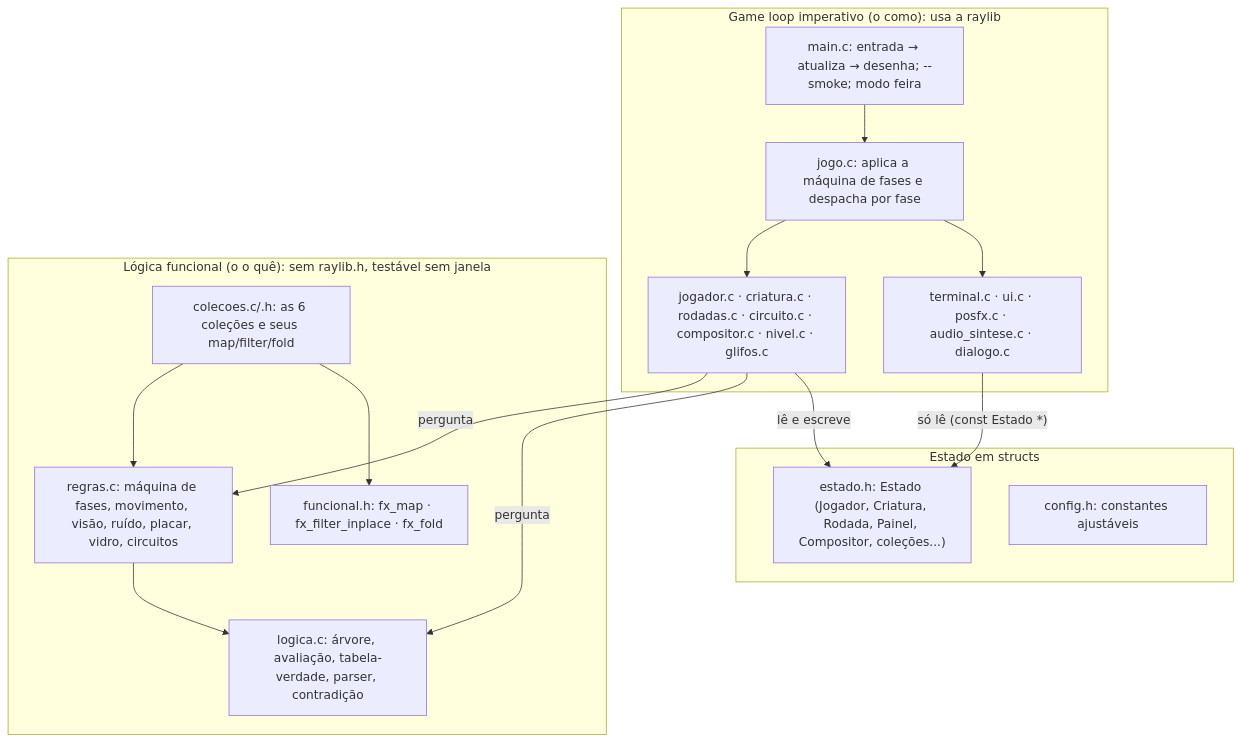
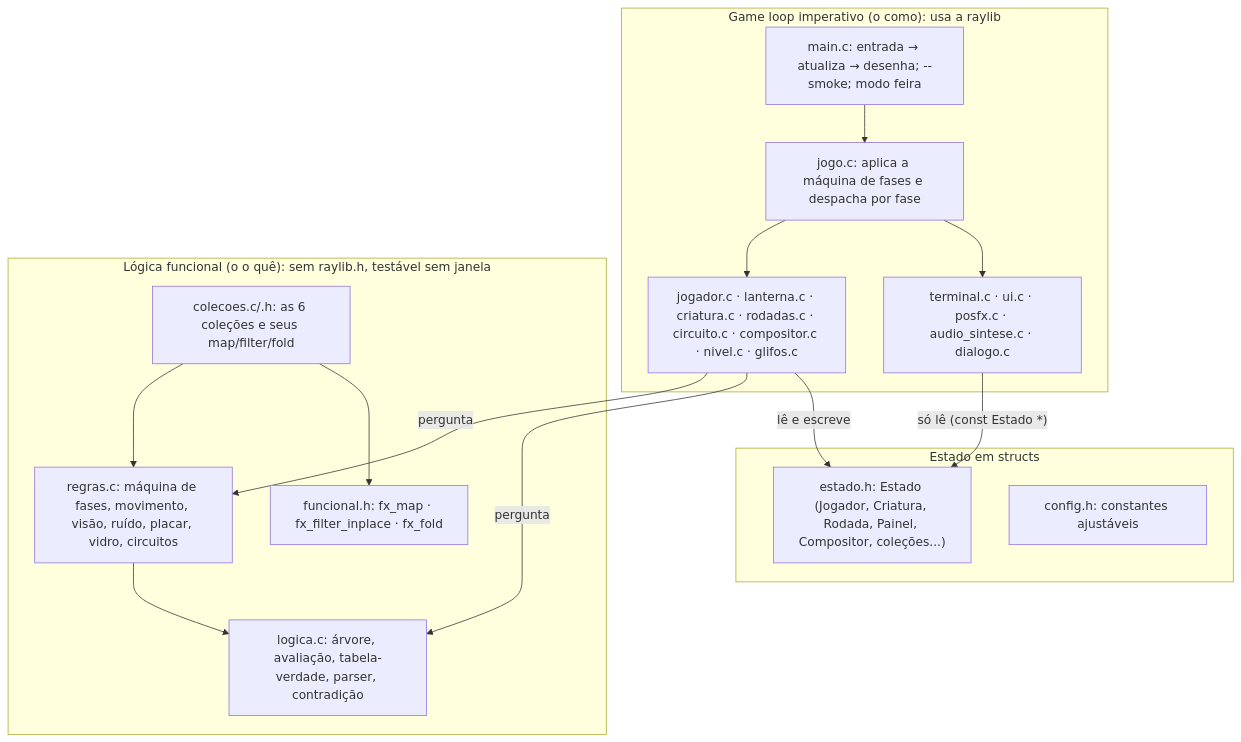
Before and after one commit to Cgroup-cesar/projeto-integrador-jogo: the first of 2 diagrams in docs/ARQUITETURA.md, drawn with Mermaid. The commit also changed other lines of this file and 3 other files, not shown here.

````diff
--- a/docs/ARQUITETURA.md
+++ b/docs/ARQUITETURA.md
@@ -5,28 +5,28 @@
 ```mermaid
 flowchart TB
     subgraph LOOP["Game loop imperativo (o como): usa a raylib"]
         main["main.c: entrada → atualiza → desenha; --smoke; modo feira"]
         jogo["jogo.c: aplica a máquina de fases e despacha por fase"]
-        mods["jogador.c · criatura.c · rodadas.c · circuito.c · compositor.c · nivel.c · glifos.c"]
+        mods["jogador.c · lanterna.c · criatura.c · rodadas.c · circuito.c · compositor.c · nivel.c · glifos.c"]
         tela["terminal.c · ui.c · posfx.c · audio_sintese.c · dialogo.c"]
     end
     subgraph DECIDE["Lógica funcional (o o quê): sem raylib.h, testável sem janela"]
         logica["logica.c: árvore, avaliação, tabela-verdade, parser, contradição"]
         regras["regras.c: máquina de fases, movimento, visão, ruído, placar, vidro, circuitos"]
         fx["funcional.h: fx_map · fx_filter_inplace · fx_fold"]
         col["colecoes.c/.h: as 6 coleções e seus map/filter/fold"]
     end
     subgraph ESTADO["Estado em structs"]
         est["estado.h: Estado (Jogador, Criatura, Rodada, Painel, Compositor, coleções...)"]
         cfg["config.h: constantes ajustáveis"]
     end
     main --> jogo --> mods
     jogo --> tela
     mods -->|"pergunta"| regras
     mods -->|"pergunta"| logica
     regras --> logica
     col --> regras
     col --> fx
     mods -->|"lê e escreve"| est
     tela -->|"só lê (const Estado *)"| est
 ```
````
